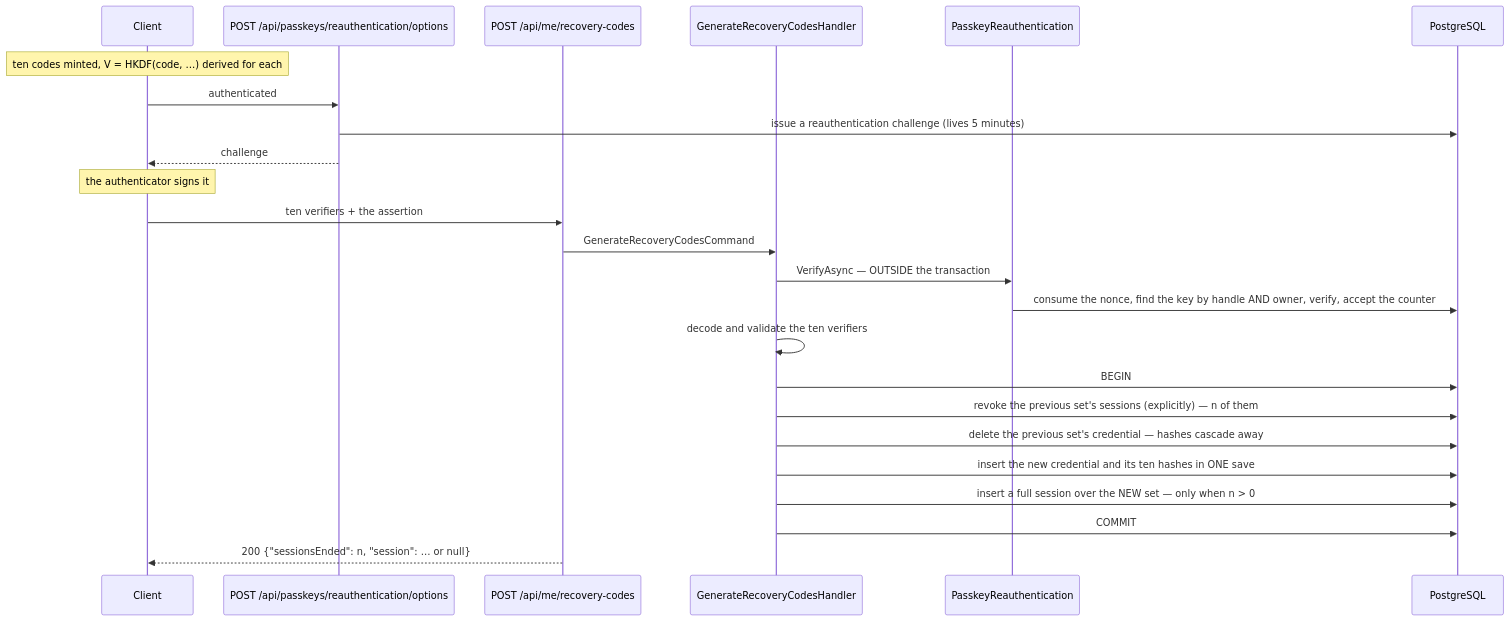
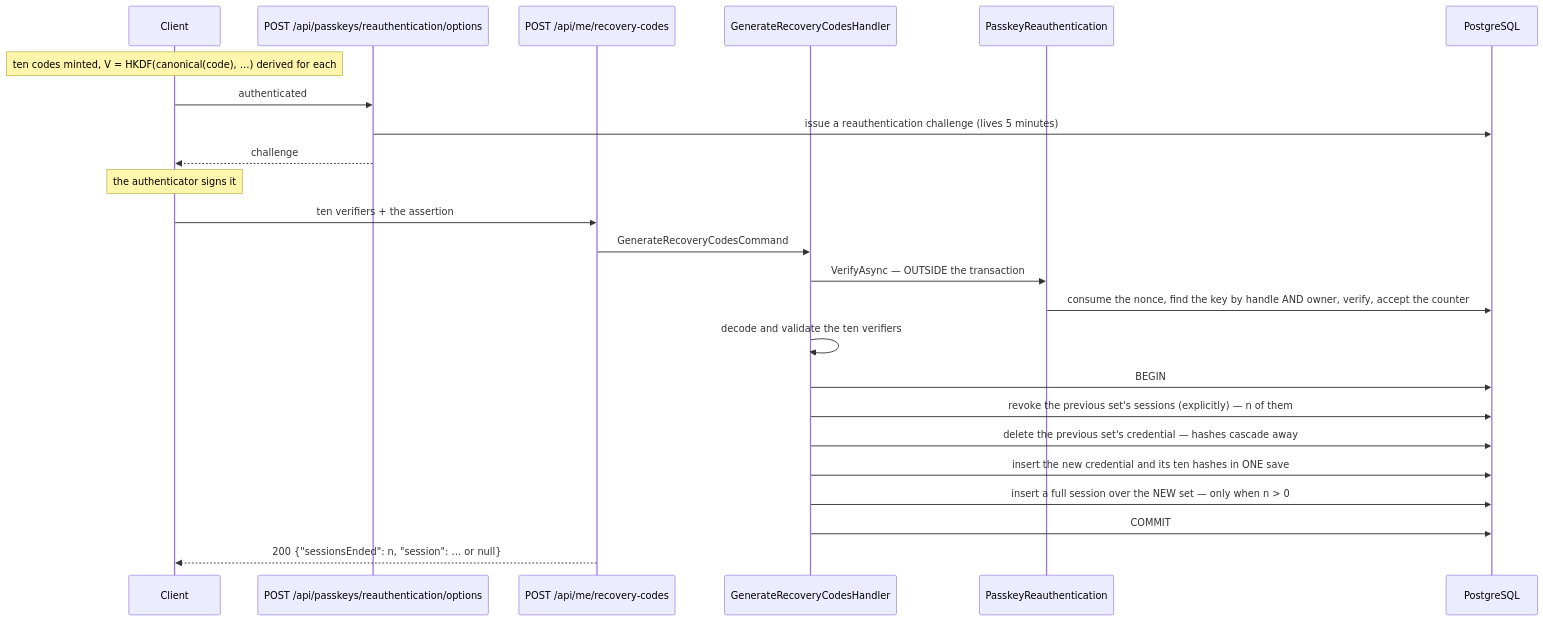
Before and after one commit to anton-kochev/budgetoid: the third of 4 diagrams in docs/business-logic/recovery-codes.md, drawn with Mermaid. The commit also changed other lines of this file and 12 other files, not shown here.

````diff
--- a/docs/business-logic/recovery-codes.md
+++ b/docs/business-logic/recovery-codes.md
@@ -640,27 +684,27 @@
 ```mermaid
 sequenceDiagram
     participant C as Client
     participant O as POST /api/passkeys/reauthentication/options
     participant A as POST /api/me/recovery-codes
     participant H as GenerateRecoveryCodesHandler
     participant G as PasskeyReauthentication
     participant D as PostgreSQL
 
-    Note over C: ten codes minted, V = HKDF(code, …) derived for each
+    Note over C: ten codes minted, V = HKDF(canonical(code), …) derived for each
     C->>O: authenticated
     O->>D: issue a reauthentication challenge (lives 5 minutes)
     O-->>C: challenge
     Note over C: the authenticator signs it
     C->>A: ten verifiers + the assertion
     A->>H: GenerateRecoveryCodesCommand
     H->>G: VerifyAsync — OUTSIDE the transaction
     G->>D: consume the nonce, find the key by handle AND owner, verify, accept the counter
     H->>H: decode and validate the ten verifiers
     H->>D: BEGIN
     H->>D: revoke the previous set's sessions (explicitly) — n of them
     H->>D: delete the previous set's credential — hashes cascade away
     H->>D: insert the new credential and its ten hashes in ONE save
     H->>D: insert a full session over the NEW set — only when n > 0
     H->>D: COMMIT
     A-->>C: 200 {"sessionsEnded": n, "session": … or null}
 ```
````
